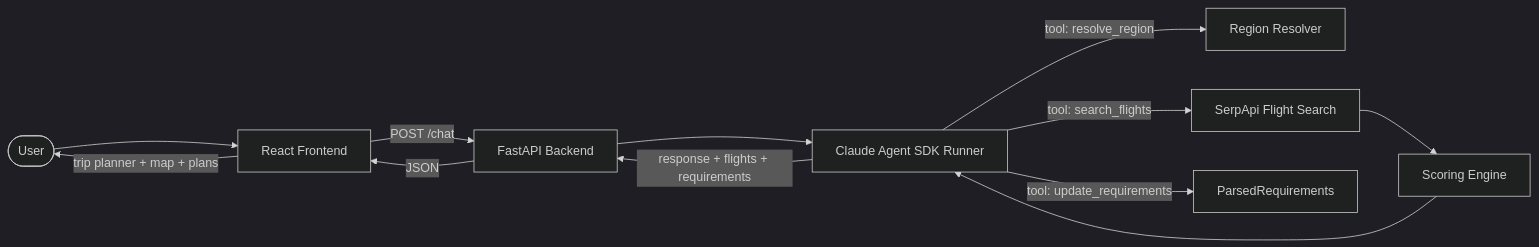
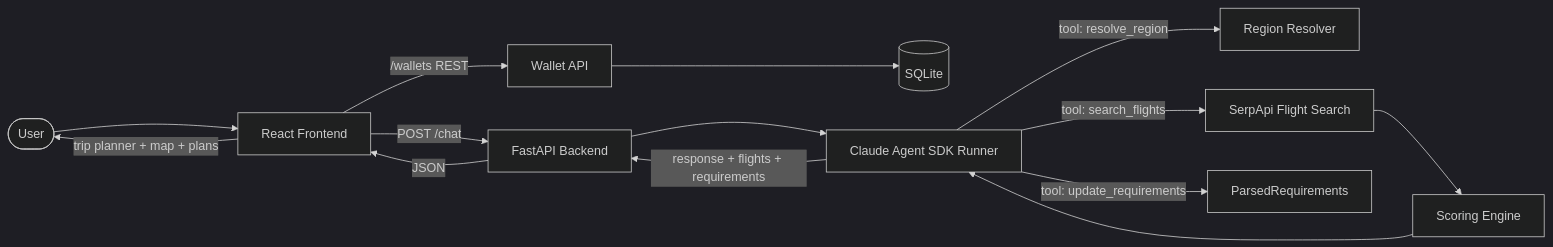
One commit to boaz-ng/traveling-salesmen changed the diagram in README.md. Above: the diagram before and after it, drawn with Mermaid (dark theme). The commit also changed other lines of this file and 9 other files, not shown here.

````diff
--- a/README.md
+++ b/README.md
@@ -9,14 +9,16 @@
 ```mermaid
 flowchart LR
     User([User]) --> Frontend[React Frontend]
     Frontend -->|POST /chat| FastAPI[FastAPI Backend]
+    Frontend -->|/wallets REST| WalletAPI[Wallet API]
+    WalletAPI --> SQLite[(SQLite)]
     FastAPI --> AgentRunner[Claude Agent SDK Runner]
     AgentRunner -->|tool: resolve_region| Regions[Region Resolver]
     AgentRunner -->|tool: search_flights| SerpApi[SerpApi Flight Search]
     AgentRunner -->|tool: update_requirements| ParsedReqs[ParsedRequirements]
     SerpApi --> Scoring[Scoring Engine]
     Scoring --> AgentRunner
     AgentRunner -->|response + flights + requirements| FastAPI
     FastAPI -->|JSON| Frontend
     Frontend -->|trip planner + map + plans| User
 ```
````
